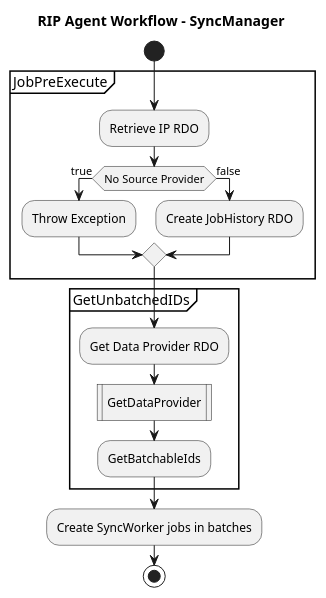
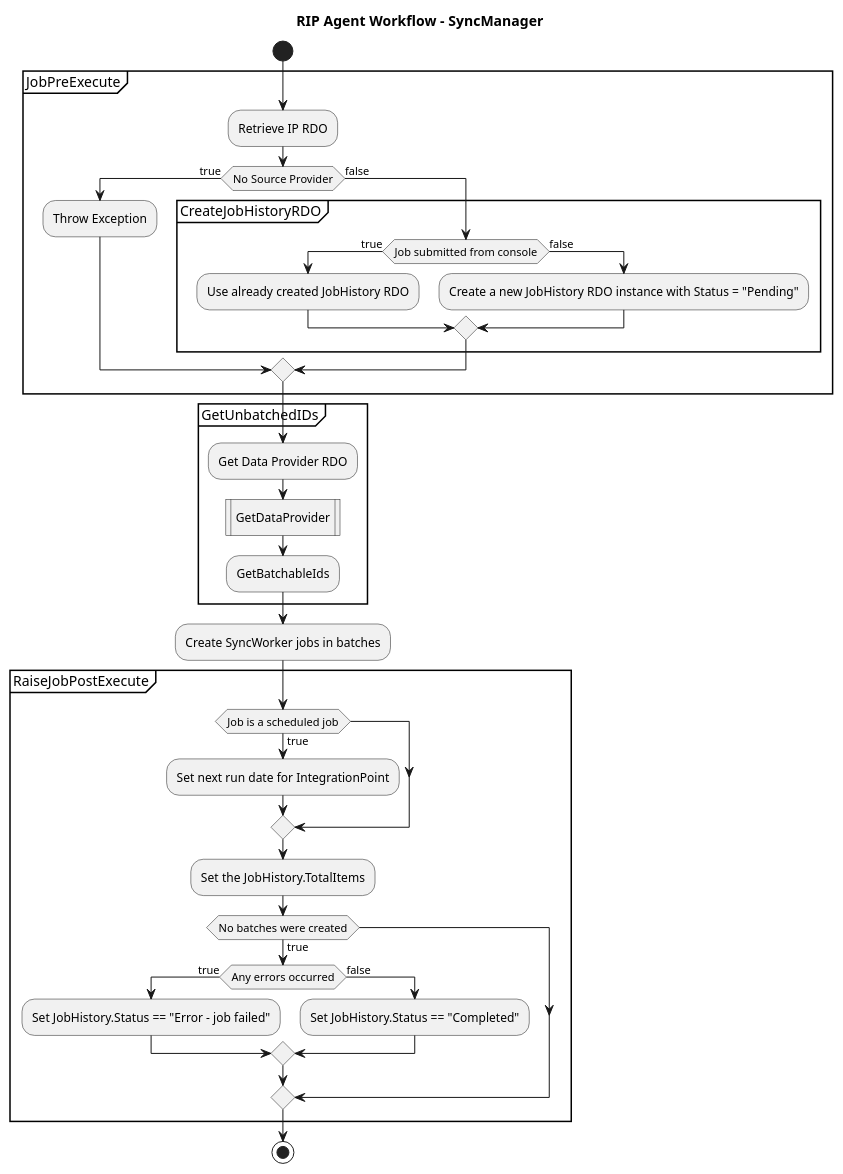
The diagram in documentation/SyncManager.pu (relativityone/server-integrationpoints-integrationpoints), drawn with PlantUML before and after one commit. The commit also changed 1 other file, not shown here.

Commit message:
Added how JobHistory.Status is updated in Agent diagrams
--HG--
branch : feature-UrsaMinor

```diff
--- a/documentation/SyncManager.pu
+++ b/documentation/SyncManager.pu
@@ -1,27 +1,47 @@
 @startuml
 
 title RIP Agent Workflow - SyncManager
 
 
 start
 
 partition JobPreExecute {
     :Retrieve IP RDO;
     if (No Source Provider) then (true)
         :Throw Exception;
     else (false)
-        :Create JobHistory RDO;
+        partition CreateJobHistoryRDO {
+            if (Job submitted from console) then (true)
+                :Use already created JobHistory RDO; 
+            else (false)
+                :Create a new JobHistory RDO instance with Status = "Pending";
+            endif
+        }
     endif
 }
 
 partition GetUnbatchedIDs {
     :Get Data Provider RDO;
     :GetDataProvider|
     :GetBatchableIds;
 }
 
 :Create SyncWorker jobs in batches;
 
+partition RaiseJobPostExecute {
+    if (Job is a scheduled job) then (true)
+        :Set next run date for IntegrationPoint;
+    endif
+    
+    :Set the JobHistory.TotalItems;
+    if (No batches were created) then (true)
+        if (Any errors occurred) then (true)
+            :Set JobHistory.Status == "Error - job failed";
+        else (false)
+            :Set JobHistory.Status == "Completed";
+        endif
+    endif
+}
 stop
 
 @enduml
```
